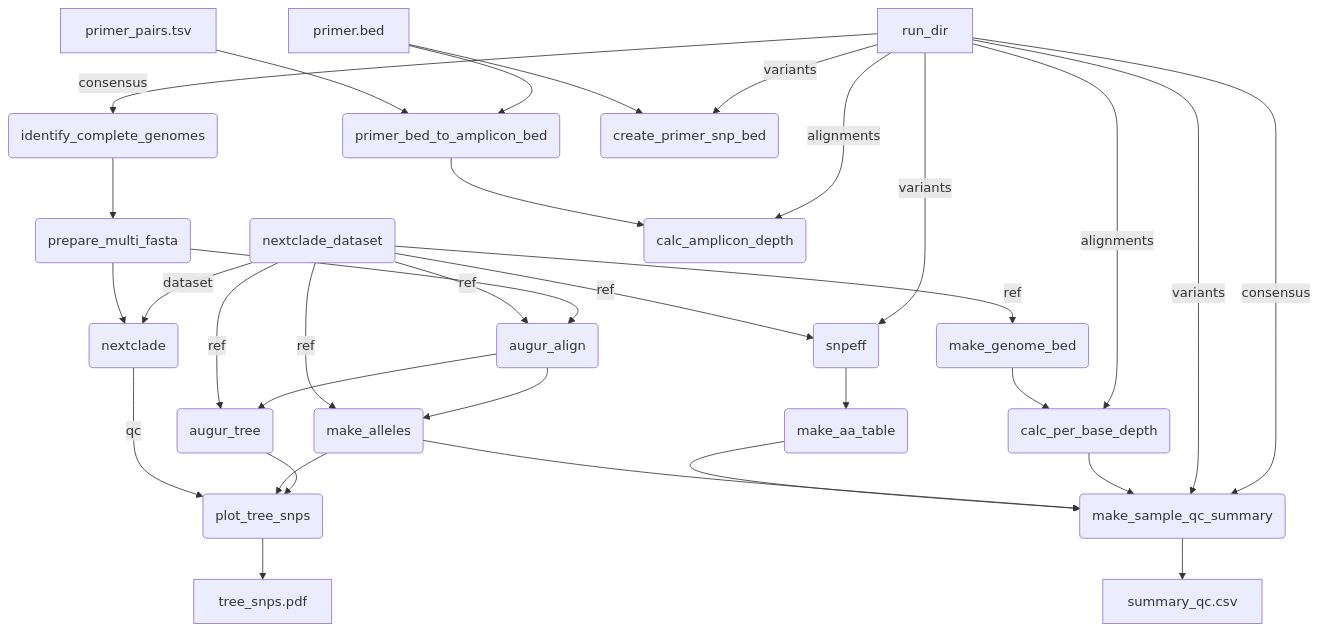
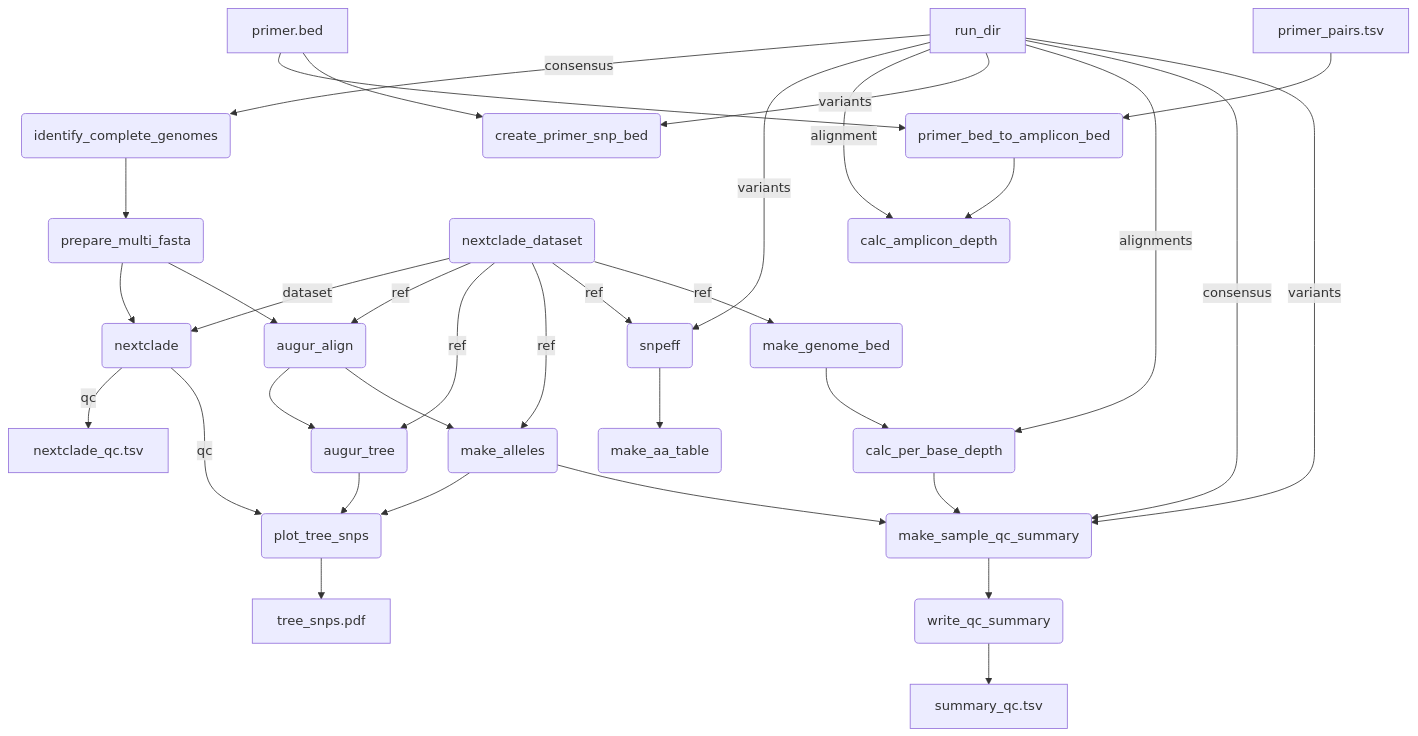
Before and after one commit to BCCDC-PHL/mpxv-qc: the diagram in README.md, drawn with Mermaid.

````diff
--- a/README.md
+++ b/README.md
@@ -6,40 +6,41 @@
 ```mermaid
 flowchart TD
 run_dir[run_dir]
 primer_bed[primer.bed]
 primer_pairs[primer_pairs.tsv]
 run_dir -- consensus --> identify_complete_genomes(identify_complete_genomes)
 identify_complete_genomes --> prepare_multi_fasta(prepare_multi_fasta)
 nextclade_dataset(nextclade_dataset)
 nextclade_dataset -- dataset --> nextclade(nextclade)
 prepare_multi_fasta --> nextclade
+nextclade -- qc --> nextclade_qc.tsv
 prepare_multi_fasta --> augur_align(augur_align)
 nextclade_dataset -- ref --> augur_align
 augur_align --> augur_tree(augur_tree)
 nextclade_dataset -- ref --> augur_tree
 augur_align --> make_alleles(make_alleles)
 nextclade_dataset -- ref --> make_alleles
 augur_tree --> plot_tree_snps(plot_tree_snps)
 make_alleles --> plot_tree_snps
 nextclade -- qc --> plot_tree_snps
 plot_tree_snps --> tree_snps.pdf
 run_dir -- variants --> snpeff(snpeff)
 nextclade_dataset -- ref --> snpeff
 snpeff --> make_aa_table(make_aa_table)
 primer_bed --> primer_bed_to_amplicon_bed(primer_bed_to_amplicon_bed)
 primer_pairs --> primer_bed_to_amplicon_bed
-run_dir -- alignments --> calc_amplicon_depth(calc_amplicon_depth)
+run_dir -- alignment --> calc_amplicon_depth(calc_amplicon_depth)
 primer_bed_to_amplicon_bed --> calc_amplicon_depth
 run_dir -- variants --> create_primer_snp_bed(create_primer_snp_bed)
 primer_bed --> create_primer_snp_bed
 nextclade_dataset -- ref --> make_genome_bed(make_genome_bed)
 run_dir -- alignments --> calc_per_base_depth(calc_per_base_depth)
 make_genome_bed --> calc_per_base_depth
 make_sample_qc_summary(make_sample_qc_summary)
 run_dir -- consensus --> make_sample_qc_summary
 run_dir -- variants --> make_sample_qc_summary
 calc_per_base_depth --> make_sample_qc_summary
 make_alleles --> make_sample_qc_summary
-make_aa_table --> make_sample_qc_summary
-make_sample_qc_summary --> summary_qc.csv
+make_sample_qc_summary --> write_qc_summary(write_qc_summary)
+write_qc_summary --> summary_qc.tsv
 ```
````
